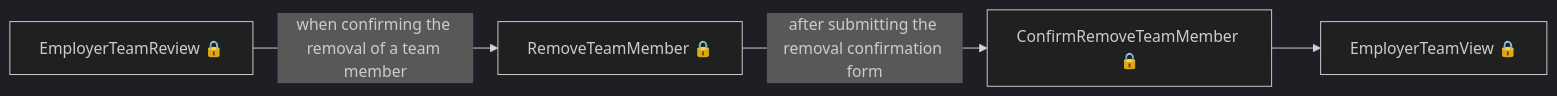
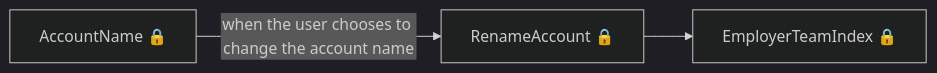
Before and after one commit to talentconsulting/atlas-dfe: the seventh of 8 diagrams in das-employer-accounts/user-journeys/user-journeys.md, drawn with Mermaid (dark theme). The commit also changed other lines of this file and 36 other files, not shown here.

````diff
--- a/das-employer-accounts/user-journeys/user-journeys.md
+++ b/das-employer-accounts/user-journeys/user-journeys.md
@@ -94,6 +88,5 @@
 ```mermaid
 flowchart LR
-  p0["EmployerTeamReview 🔒"] -->|"when confirming the removal of a team member"| p1["RemoveTeamMember 🔒"]
-  p1["RemoveTeamMember 🔒"] -->|"after submitting the removal confirmation form"| p2["ConfirmRemoveTeamMember 🔒"]
-  p2["ConfirmRemoveTeamMember 🔒"] --> p3["EmployerTeamView 🔒"]
+  p0["AccountName 🔒"] -->|"when the user chooses to change the account name"| p1["RenameAccount 🔒"]
+  p1["RenameAccount 🔒"] --> p2["EmployerTeamIndex 🔒"]
 ```
````
